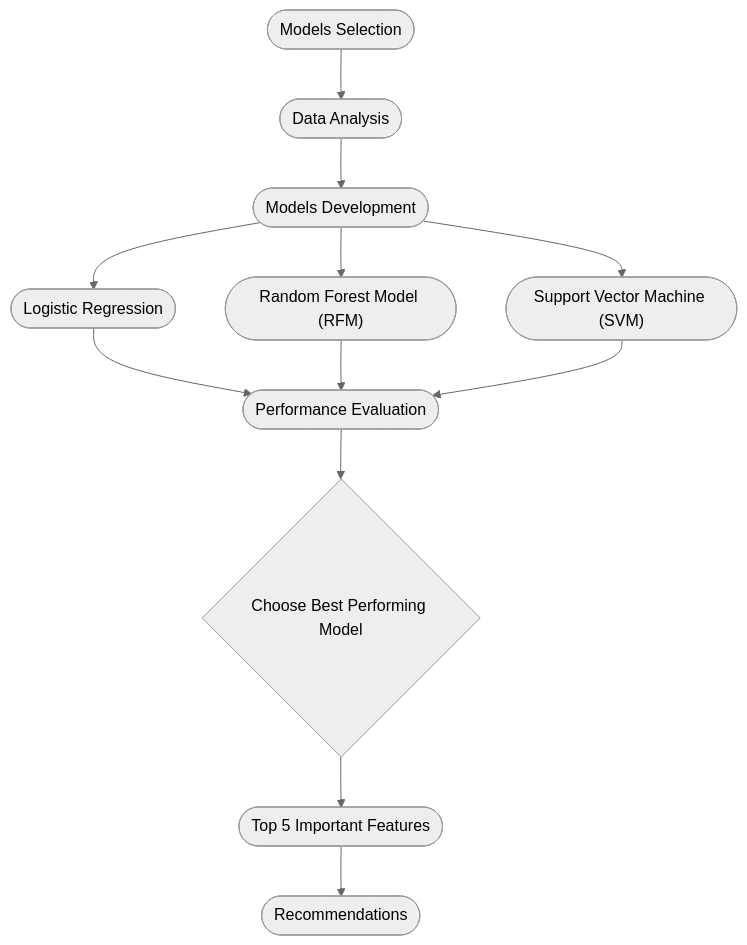
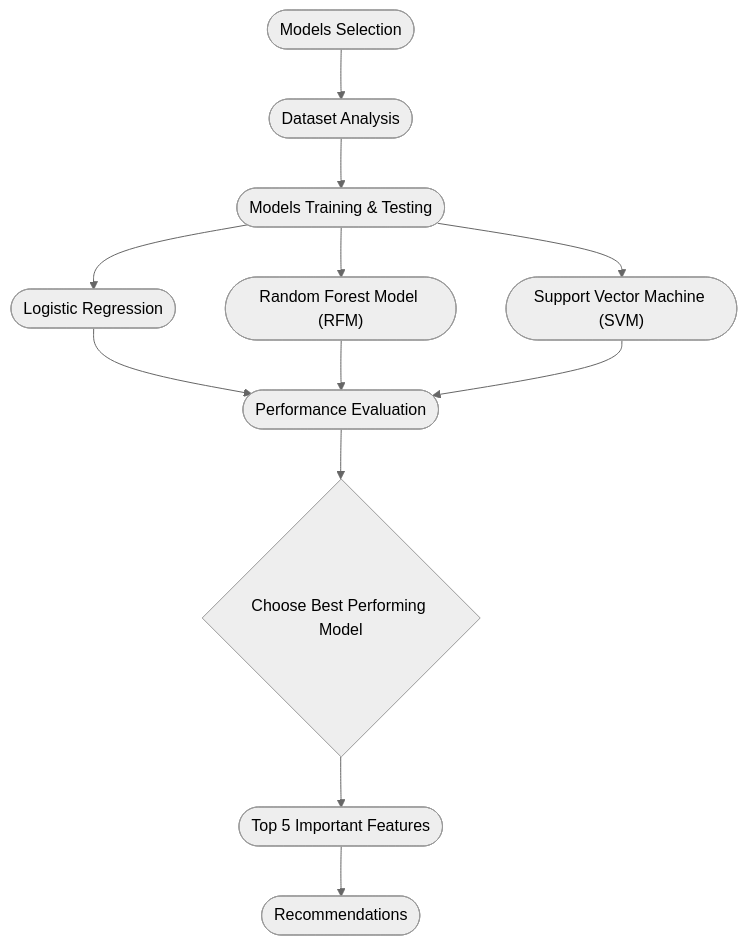
One commit to omaralfaqih6/breast_cancer_wisconsin changed the diagram in README.md. Above: the diagram before and after it, drawn with Mermaid (neutral theme).

Commit message:
Modifying Python Notebook 3.

````diff
--- a/README.md
+++ b/README.md
@@ -57,21 +57,21 @@
 ```mermaid
 graph TD;
     A(["Models Selection"]);
-    B(["Data Analysis"]);
-    C(["Models Development"]);
+    B(["Dataset Analysis"]);
+    C(["Models Training & Testing"]);
     D(["Logistic Regression"]);
     E(["Random Forest Model (RFM)"]);
     F(["Support Vector Machine (SVM)"]);
     G(["Performance Evaluation"]);
     A-->B;
     B-->C;
     C-->D;
     C-->E;
     C-->F;
     D-->G;    
     E-->G;
     F-->G;
     G-->H{"Choose Best Performing Model"};
     H-->I(["Top 5 Important Features"]);
     I-->J(["Recommendations"]);
 ```
````
